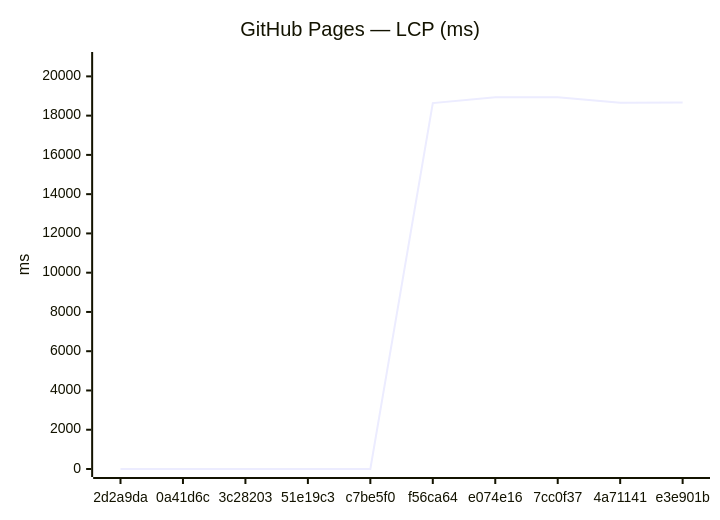
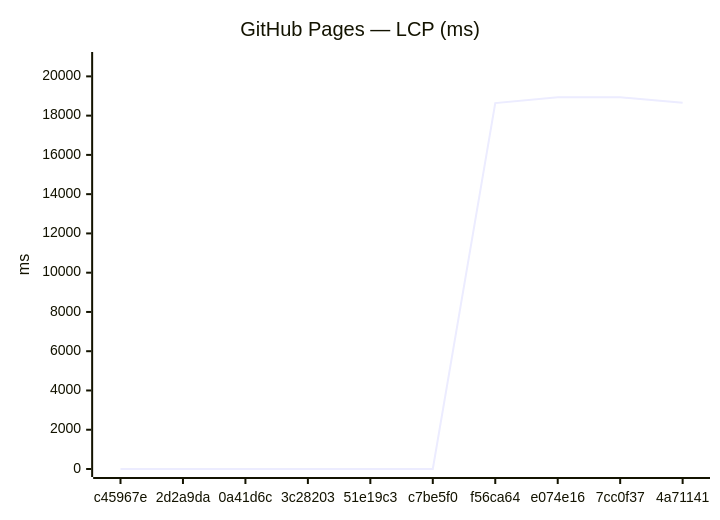
One commit to Metaheurist/Rianell changed the third of 18 diagrams in benchmarks/compare.md. Above: the diagram before and after it, drawn with Mermaid. The commit also changed other lines of this file and 11 other files, not shown here.

````diff
--- a/benchmarks/compare.md
+++ b/benchmarks/compare.md
@@ -54,7 +54,7 @@
 ```mermaid
 xychart-beta
     title "GitHub Pages — LCP (ms)"
-    x-axis ["2d2a9da", "0a41d6c", "3c28203", "51e19c3", "c7be5f0", "f56ca64", "e074e16", "7cc0f37", "4a71141", "e3e901b"]
+    x-axis ["c45967e", "2d2a9da", "0a41d6c", "3c28203", "51e19c3", "c7be5f0", "f56ca64", "e074e16", "7cc0f37", "4a71141"]
     y-axis "ms" 0 --> 20834
-    line [0, 0, 0, 0, 0, 18641, 18940, 18936, 18660, 18674]
+    line [0, 0, 0, 0, 0, 0, 18641, 18940, 18936, 18660]
 ```
````
